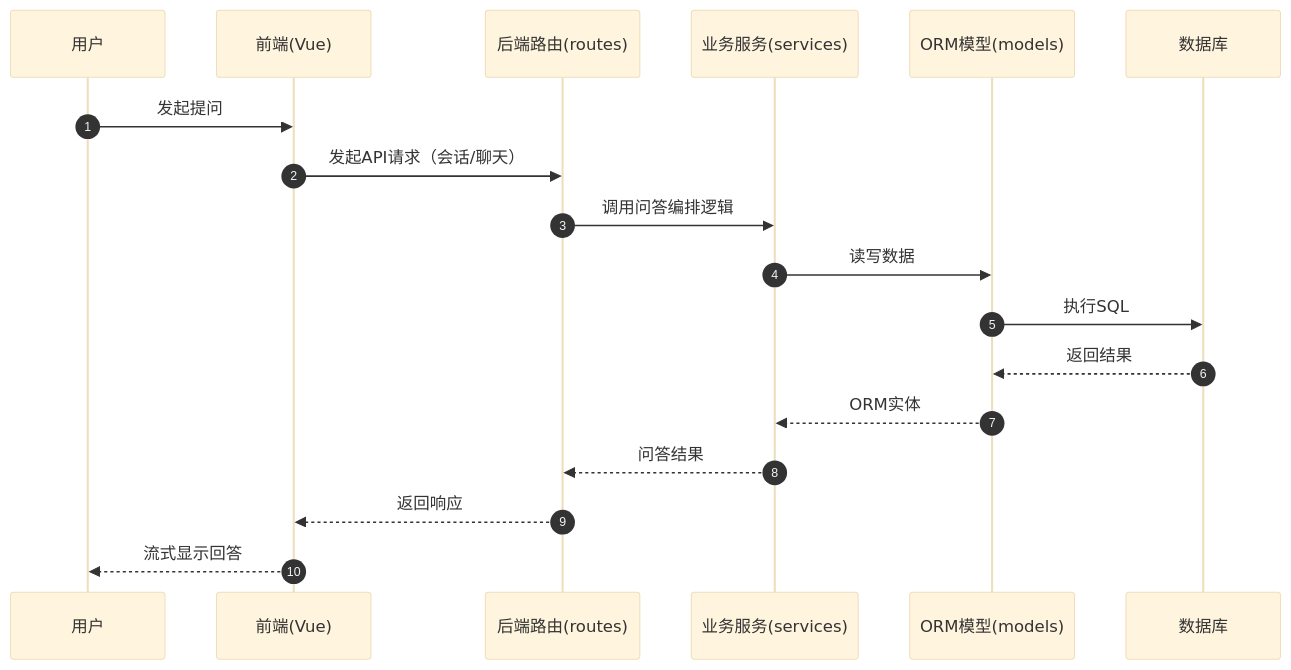
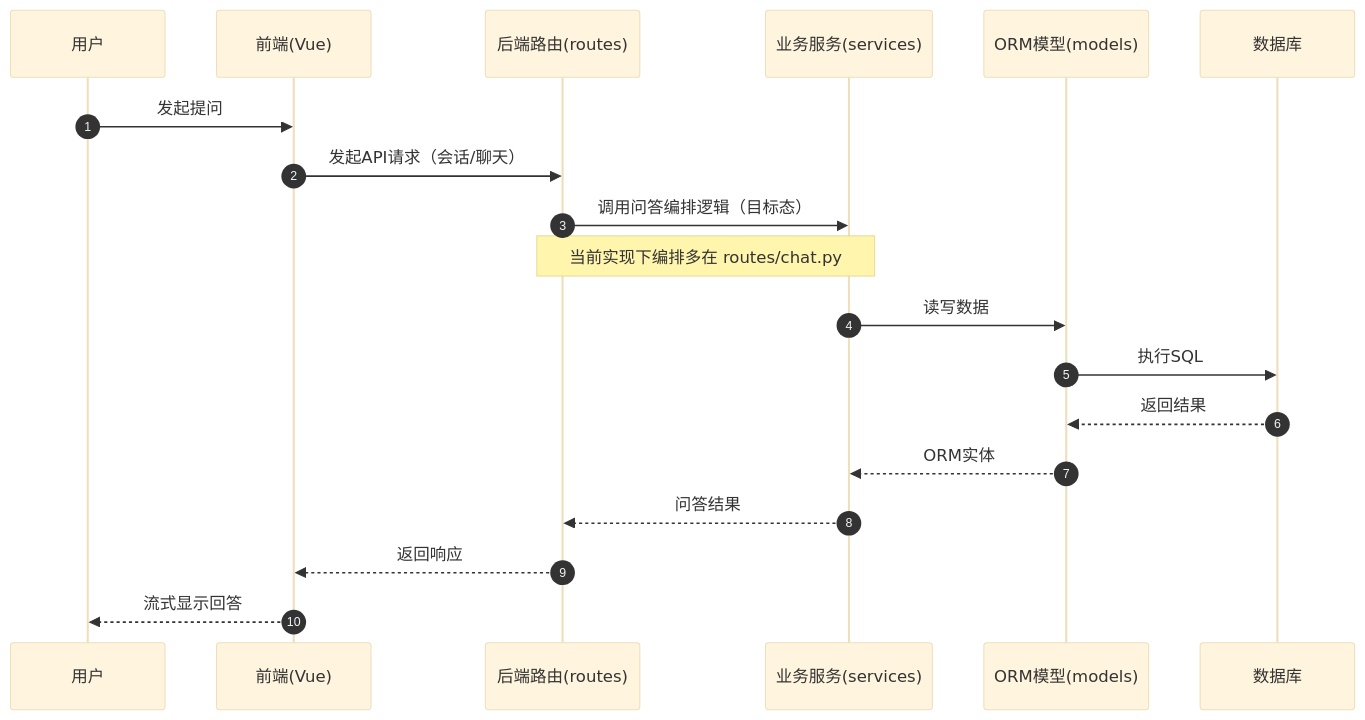
Before and after one commit to hordu-ma/sdszk-qa: the first of 6 diagrams in src/docs/ARCHITECTURE.md, drawn with Mermaid (base theme). The commit also changed other lines of this file and 15 other files, not shown here.

````diff
--- a/src/docs/ARCHITECTURE.md
+++ b/src/docs/ARCHITECTURE.md
@@ -82,21 +62,22 @@
 ```mermaid
 sequenceDiagram
   autonumber
   participant 用户 as 用户
   participant 前端 as 前端(Vue)
   participant 路由 as 后端路由(routes)
   participant 服务 as 业务服务(services)
   participant 模型 as ORM模型(models)
   participant 数据库 as 数据库
 
   用户->>前端: 发起提问
   前端->>路由: 发起API请求（会话/聊天）
-  路由->>服务: 调用问答编排逻辑
+  路由->>服务: 调用问答编排逻辑（目标态）
+  Note over 路由,服务: 当前实现下编排多在 routes/chat.py
   服务->>模型: 读写数据
   模型->>数据库: 执行SQL
   数据库-->>模型: 返回结果
   模型-->>服务: ORM实体
   服务-->>路由: 问答结果
   路由-->>前端: 返回响应
   前端-->>用户: 流式显示回答
 ```
````
